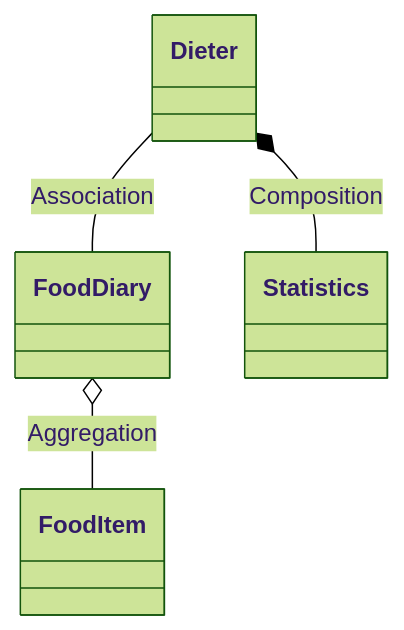
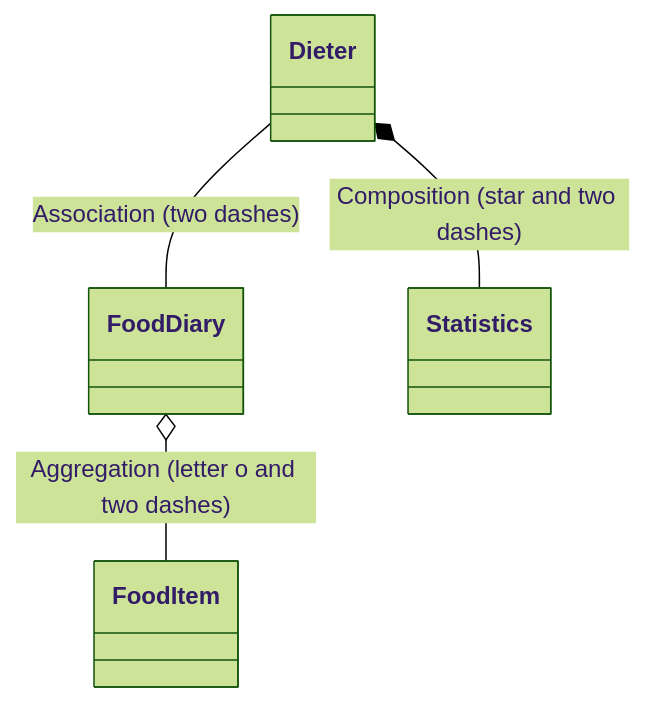
Before and after one commit to idsweb/ids-mermaiddemo: the first of 4 diagrams in Domain Modelling/README.md, drawn with Mermaid (forest theme). The commit also changed other lines of this file, not shown here.

Commit message:
Added notation

````diff
--- a/Domain Modelling/README.md
+++ b/Domain Modelling/README.md
@@ -25,6 +26,6 @@
 ```mermaid
 classDiagram-v2
-Dieter -- FoodDiary : Association
-Dieter *-- Statistics : Composition
-FoodDiary o-- FoodItem : Aggregation
+Dieter -- FoodDiary : Association (two dashes)
+Dieter *-- Statistics : Composition (star and two dashes)
+FoodDiary o-- FoodItem : Aggregation (letter o and two dashes)
 ```
````
